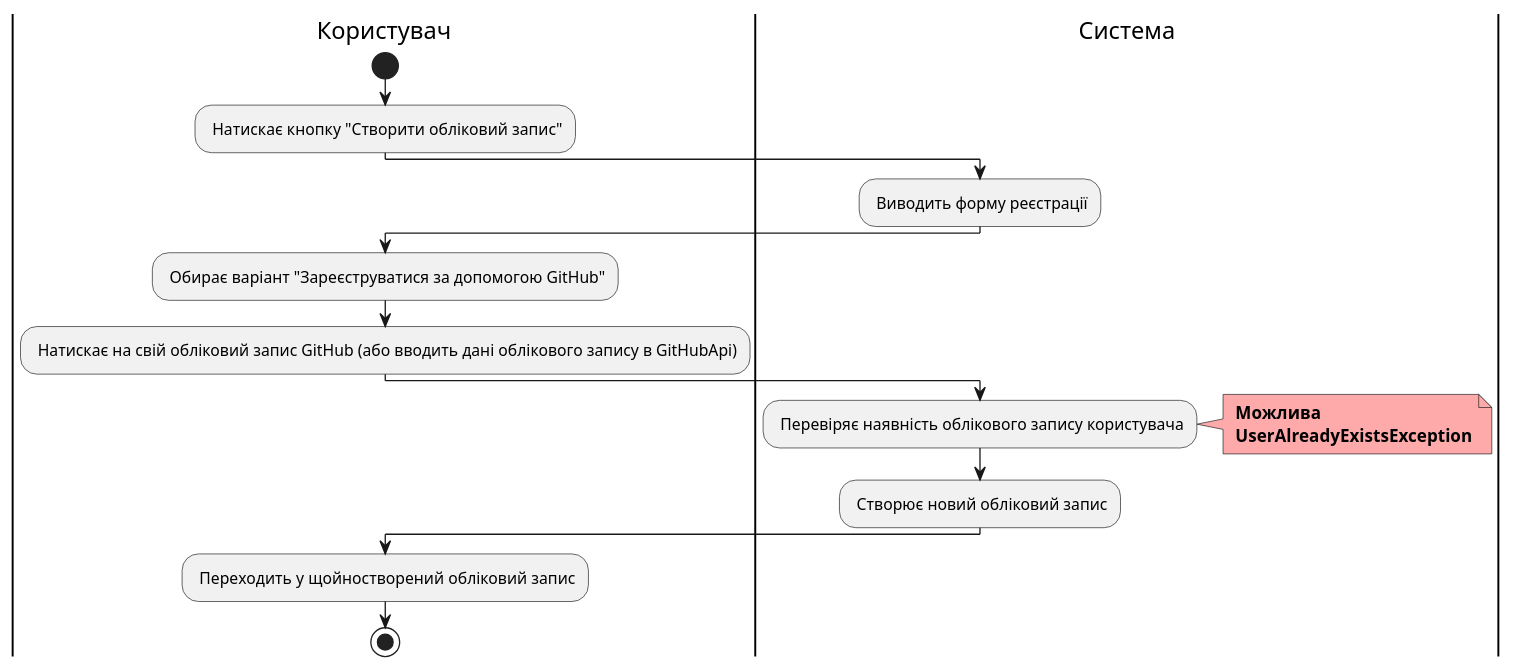
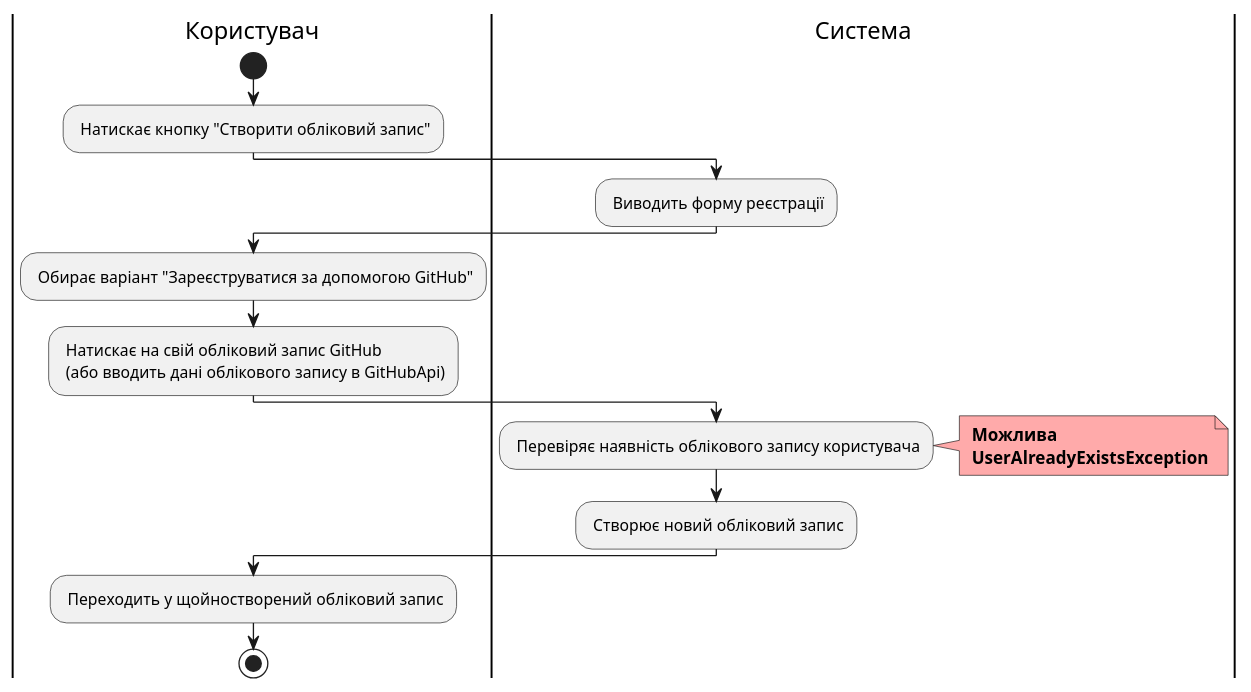
One commit to witchkaa/databases-course-work changed the sixth of 23 diagrams in docs/use cases/README.md. Above: the diagram before and after it, drawn with PlantUML. The commit also changed other lines of this file and 1 other file, not shown here.

```diff
--- a/docs/use cases/README.md
+++ b/docs/use cases/README.md
@@ -256,27 +256,27 @@
 @startuml
 
     |Користувач|
     start;
     : Натискає кнопку "Створити обліковий запис";
 
      |Система|
         : Виводить форму реєстрації;
 
     |Користувач|
     : Обирає варіант "Зареєструватися за допомогою GitHub";
-    : Натискає на свій обліковий запис GitHub (або вводить дані облікового запису в GitHubApi);
+    : Натискає на свій обліковий запис GitHub \n (або вводить дані облікового запису в GitHubApi);
     
     |Система|
     : Перевіряє наявність облікового запису користувача;
     note right #ffaaaa
     <b> Можлива
     <b> UserAlreadyExistsException
     end note
     
     : Створює новий обліковий запис;
     
     |Користувач|
     : Переходить у щойностворений обліковий запис;
     stop;
 
 @enduml
```
